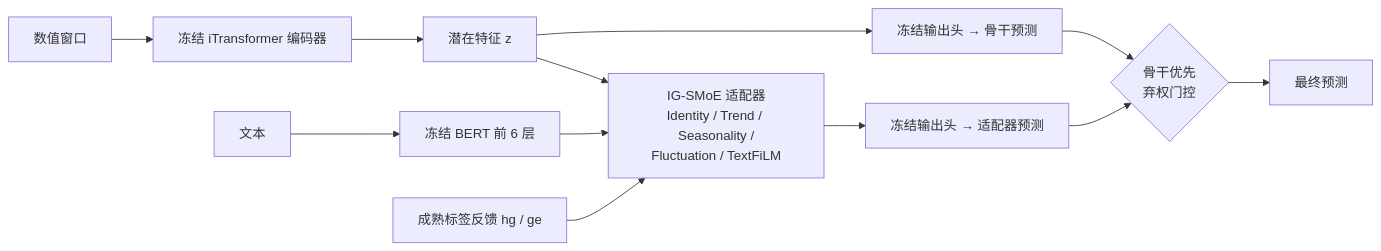
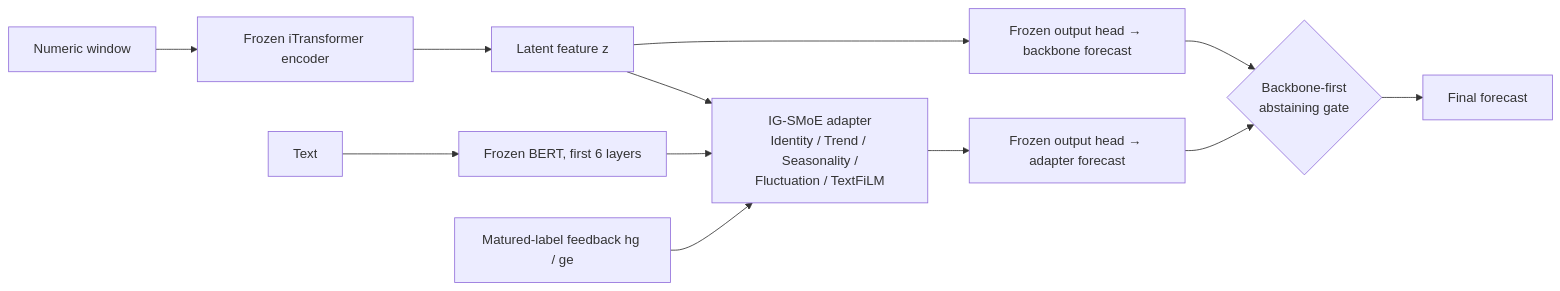
Before and after one commit to lmh20050609-beep/on-adapter: the diagram in README.md, drawn with Mermaid. The commit also changed other lines of this file and 12 other files, not shown here.

````diff
--- a/README.md
+++ b/README.md
@@ -75,14 +75,14 @@
 ```mermaid
 flowchart LR
-    X[数值窗口] --> E[冻结 iTransformer 编码器]
-    T[文本] --> B[冻结 BERT 前 6 层]
-    E --> Z[潜在特征 z]
-    Z --> A[IG-SMoE 适配器<br/>Identity / Trend / Seasonality /<br/>Fluctuation / TextFiLM]
+    X[Numeric window] --> E[Frozen iTransformer encoder]
+    T[Text] --> B[Frozen BERT, first 6 layers]
+    E --> Z[Latent feature z]
+    Z --> A[IG-SMoE adapter<br/>Identity / Trend / Seasonality /<br/>Fluctuation / TextFiLM]
     B --> A
-    F[成熟标签反馈 hg / ge] --> A
-    A --> HA[冻结输出头 → 适配器预测]
-    Z --> HB[冻结输出头 → 骨干预测]
-    HA --> G{骨干优先<br/>弃权门控}
+    F[Matured-label feedback hg / ge] --> A
+    A --> HA[Frozen output head → adapter forecast]
+    Z --> HB[Frozen output head → backbone forecast]
+    HA --> G{Backbone-first<br/>abstaining gate}
     HB --> G
-    G --> Y[最终预测]
+    G --> Y[Final forecast]
 ```
````
